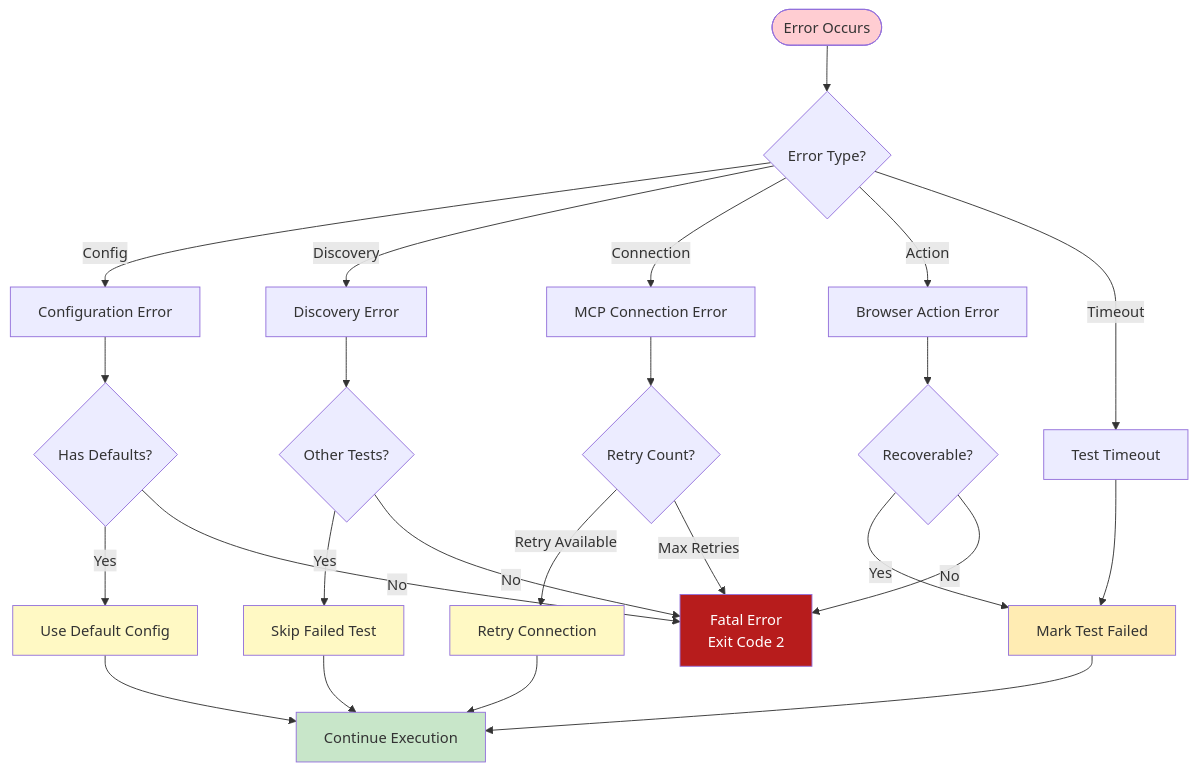
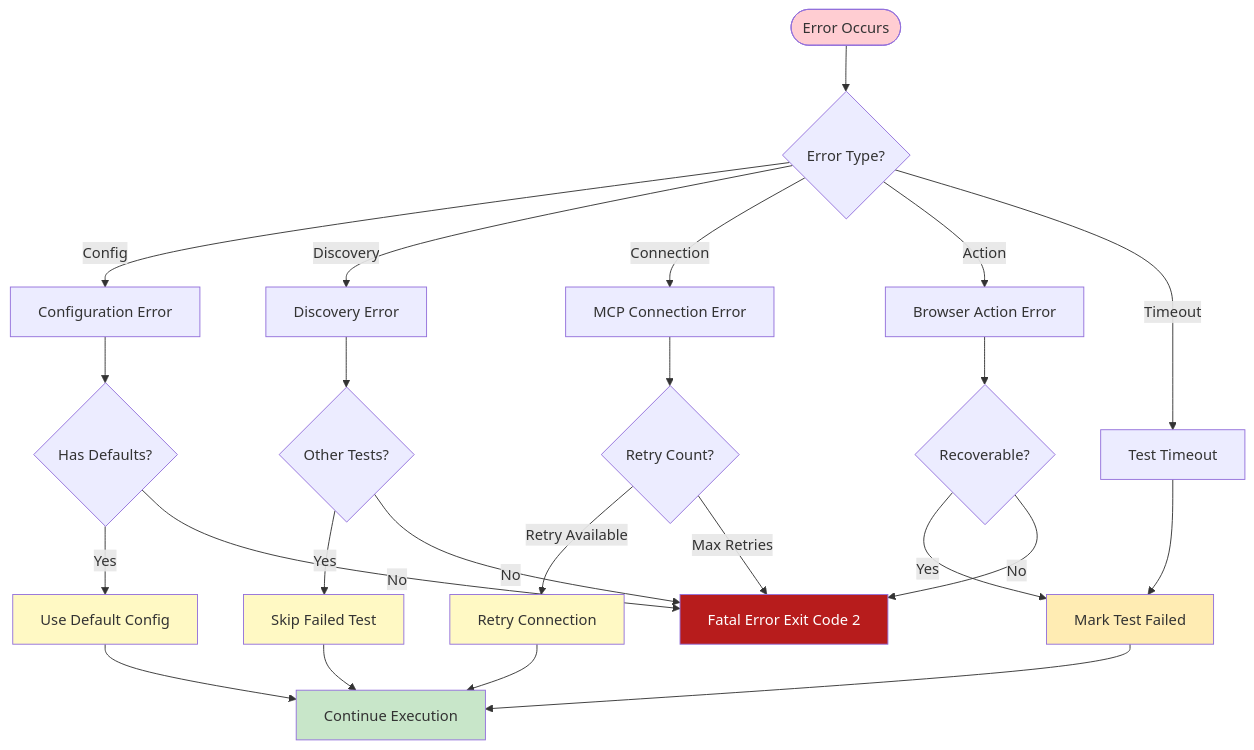
Diagram 14 of 16 in wiki/Sequences.md (softwarewrighter/ui-test-rs), drawn with Mermaid before and after one commit. The commit also changed other lines of this file and 10 other files, not shown here.

First line of the commit message:
Fix wiki Mermaid diagrams: remove <br/> tags

````diff
--- a/wiki/Sequences.md
+++ b/wiki/Sequences.md
@@ -556,62 +556,62 @@
 ```mermaid
 flowchart TB
     Error([Error Occurs])
     Classify{Error Type?}
 
     Config[Configuration Error]
     Discovery[Discovery Error]
     Connection[MCP Connection Error]
     BrowserAction[Browser Action Error]
     Timeout[Test Timeout]
 
     RecoverConfig{Has Defaults?}
     RecoverDiscovery{Other Tests?}
     RecoverConnection{Retry Count?}
     RecoverAction{Recoverable?}
 
     UseDefaults[Use Default Config]
     SkipTest[Skip Failed Test]
     Retry[Retry Connection]
     FailTest[Mark Test Failed]
 
-    Fatal[Fatal Error<br/>Exit Code 2]
+    Fatal[Fatal Error Exit Code 2]
     Continue[Continue Execution]
 
     Error --> Classify
 
     Classify -->|Config| Config
     Classify -->|Discovery| Discovery
     Classify -->|Connection| Connection
     Classify -->|Action| BrowserAction
     Classify -->|Timeout| Timeout
 
     Config --> RecoverConfig
     RecoverConfig -->|Yes| UseDefaults
     RecoverConfig -->|No| Fatal
     UseDefaults --> Continue
 
     Discovery --> RecoverDiscovery
     RecoverDiscovery -->|Yes| SkipTest
     RecoverDiscovery -->|No| Fatal
     SkipTest --> Continue
 
     Connection --> RecoverConnection
     RecoverConnection -->|Retry Available| Retry
     RecoverConnection -->|Max Retries| Fatal
     Retry --> Continue
 
     BrowserAction --> RecoverAction
     RecoverAction -->|Yes| FailTest
     RecoverAction -->|No| Fatal
     FailTest --> Continue
 
     Timeout --> FailTest
 
     style Error fill:#ffcdd2
     style Fatal fill:#b71c1c,color:#fff
     style Continue fill:#c8e6c9
     style UseDefaults fill:#fff9c4
     style SkipTest fill:#fff9c4
     style Retry fill:#fff9c4
     style FailTest fill:#ffecb3
 ```
````
